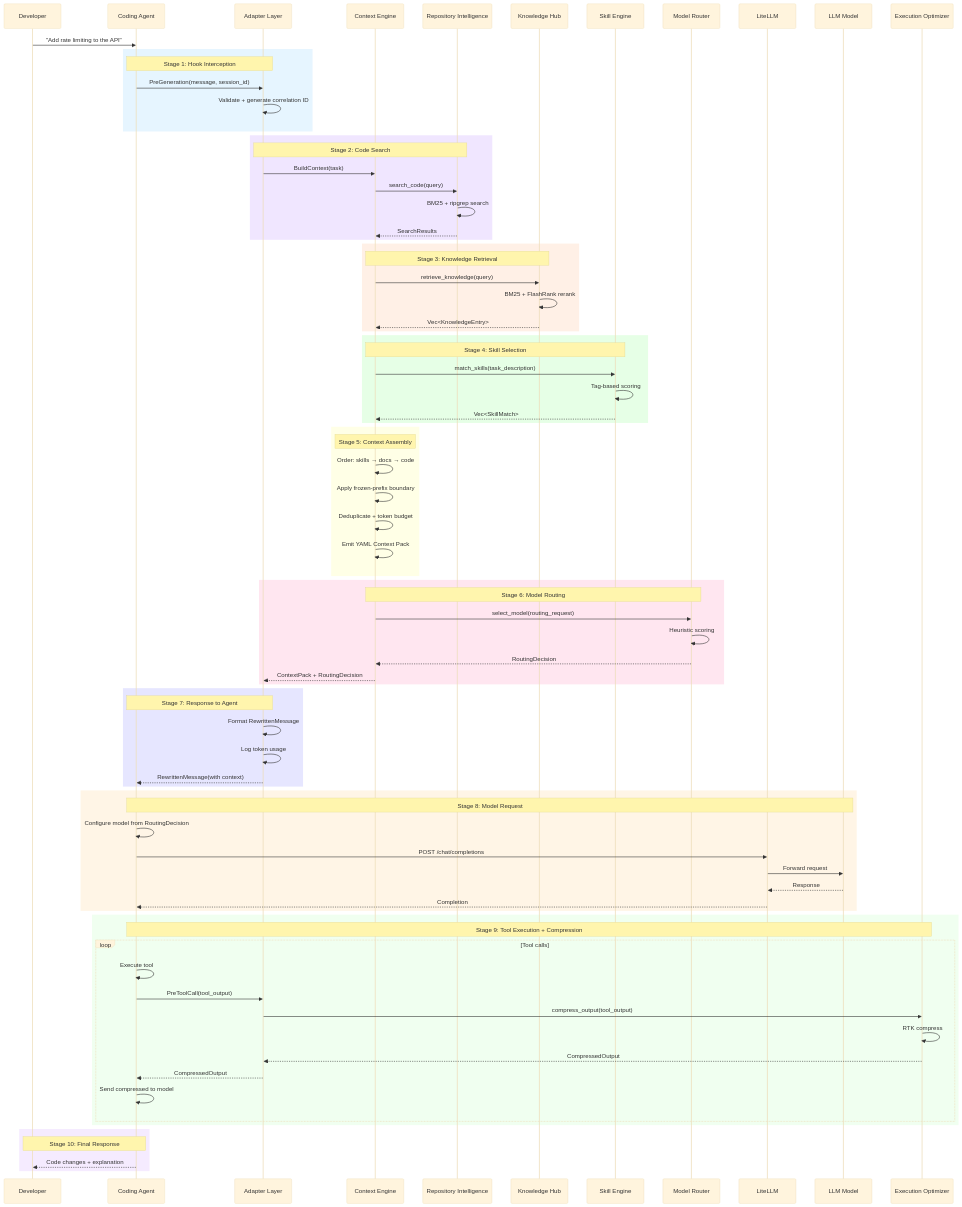
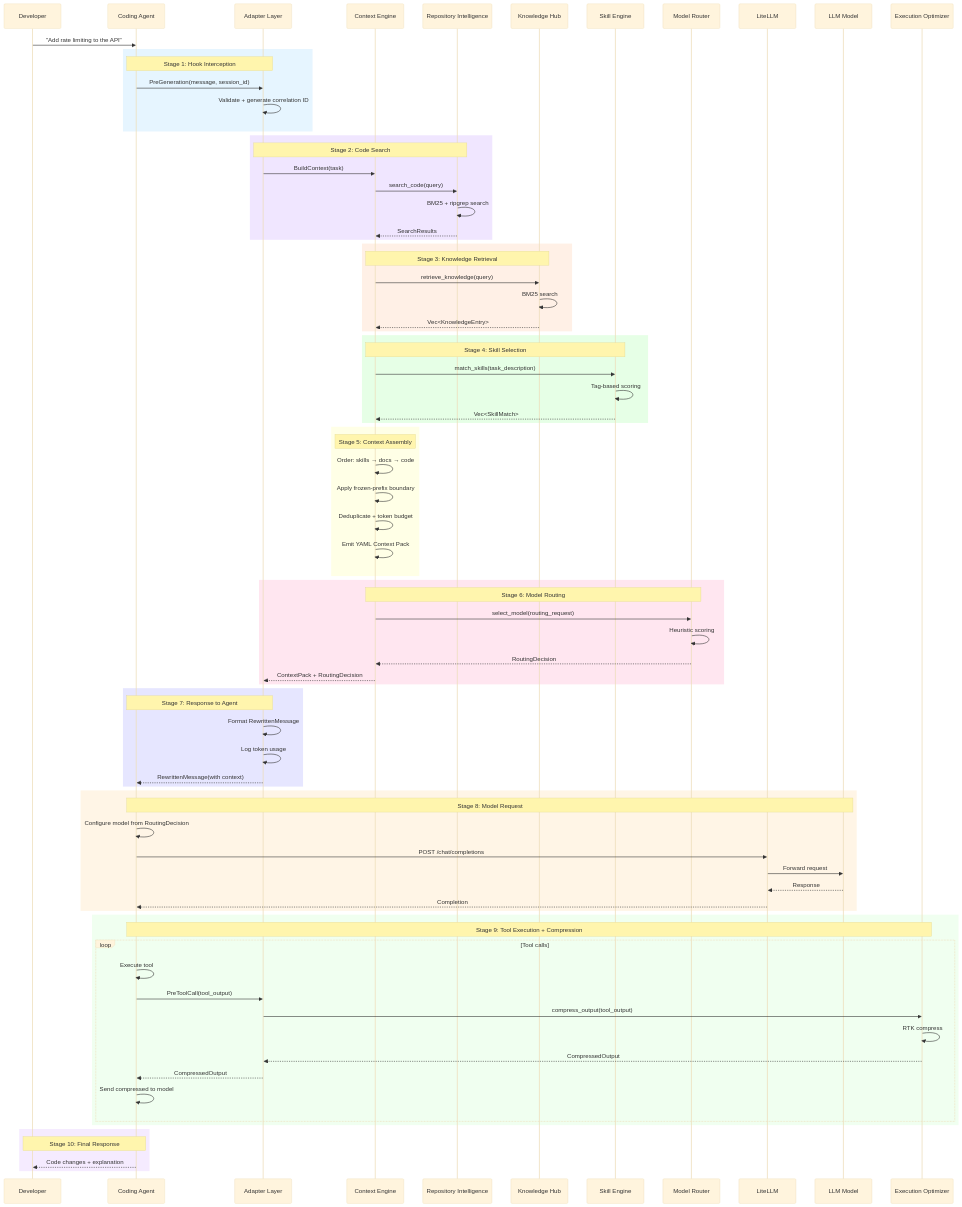
The first of 2 diagrams in docs/01-architecture/REQUEST_LIFECYCLE.md (leonortega/coderun), drawn with Mermaid (base theme) before and after one commit. The commit also changed other lines of this file and 33 other files, not shown here.

First line of the commit message:
feat(retrieval): PascalCase splitting, symbol indexing, path tokenization + remove FlashRank

```diff
--- a/docs/01-architecture/REQUEST_LIFECYCLE.md
+++ b/docs/01-architecture/REQUEST_LIFECYCLE.md
@@ -39,7 +39,7 @@
     rect rgb(255, 240, 230)
     Note over CE,KH: Stage 3: Knowledge Retrieval
     CE->>KH: retrieve_knowledge(query)
-    KH->>KH: BM25 + FlashRank rerank
+    KH->>KH: BM25 search
     KH-->>CE: Vec<KnowledgeEntry>
     end
 
```
